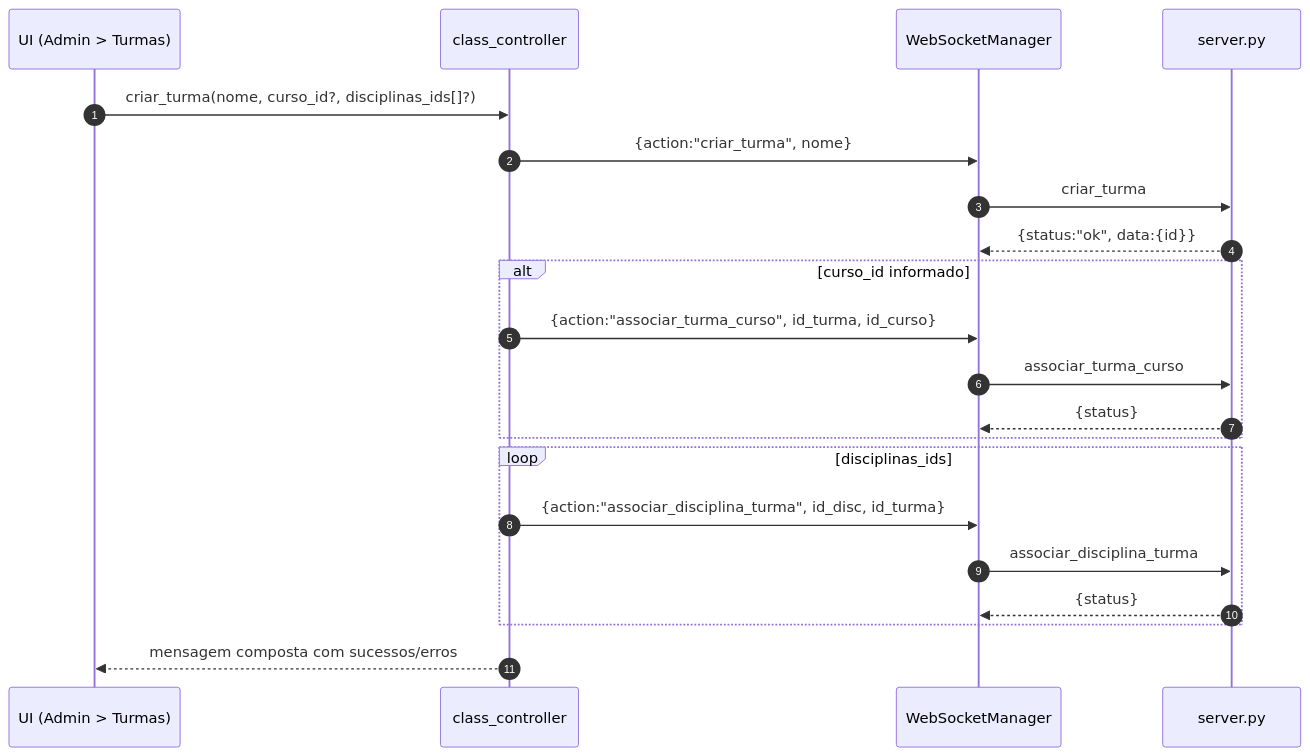
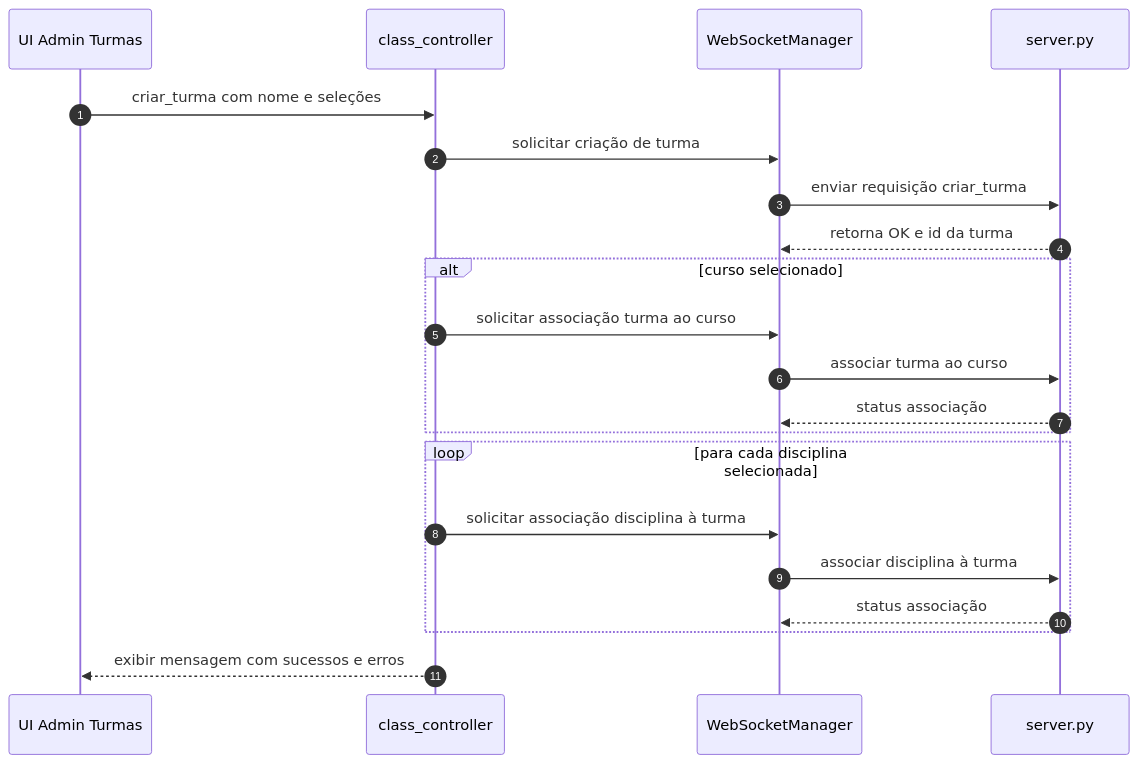
One commit to gbr-mendes/pim-unip changed the fifth of 5 diagrams in docs/sistema-educacional.md. Above: the diagram before and after it, drawn with Mermaid. The commit also changed other lines of this file, not shown here.

Commit message:
corrige erros na doc

````diff
--- a/docs/sistema-educacional.md
+++ b/docs/sistema-educacional.md
@@ -153,24 +150,24 @@
 ```mermaid
 sequenceDiagram
   autonumber
-  participant UI as UI (Admin > Turmas)
+  participant UI as UI Admin Turmas
   participant CTRL as class_controller
   participant WSM as WebSocketManager
   participant SVR as server.py
 
-  UI->>CTRL: criar_turma(nome, curso_id?, disciplinas_ids[]?)
-  CTRL->>WSM: {action:"criar_turma", nome}
-  WSM->>SVR: criar_turma
-  SVR-->>WSM: {status:"ok", data:{id}}
-  alt curso_id informado
-    CTRL->>WSM: {action:"associar_turma_curso", id_turma, id_curso}
-    WSM->>SVR: associar_turma_curso
-    SVR-->>WSM: {status}
+  UI->>CTRL: criar_turma com nome e seleções
+  CTRL->>WSM: solicitar criação de turma
+  WSM->>SVR: enviar requisição criar_turma
+  SVR-->>WSM: retorna OK e id da turma
+  alt curso selecionado
+    CTRL->>WSM: solicitar associação turma ao curso
+    WSM->>SVR: associar turma ao curso
+    SVR-->>WSM: status associação
   end
-  loop disciplinas_ids
-    CTRL->>WSM: {action:"associar_disciplina_turma", id_disc, id_turma}
-    WSM->>SVR: associar_disciplina_turma
-    SVR-->>WSM: {status}
+  loop para cada disciplina selecionada
+    CTRL->>WSM: solicitar associação disciplina à turma
+    WSM->>SVR: associar disciplina à turma
+    SVR-->>WSM: status associação
   end
-  CTRL-->>UI: mensagem composta com sucessos/erros
+  CTRL-->>UI: exibir mensagem com sucessos e erros
 ```
````
